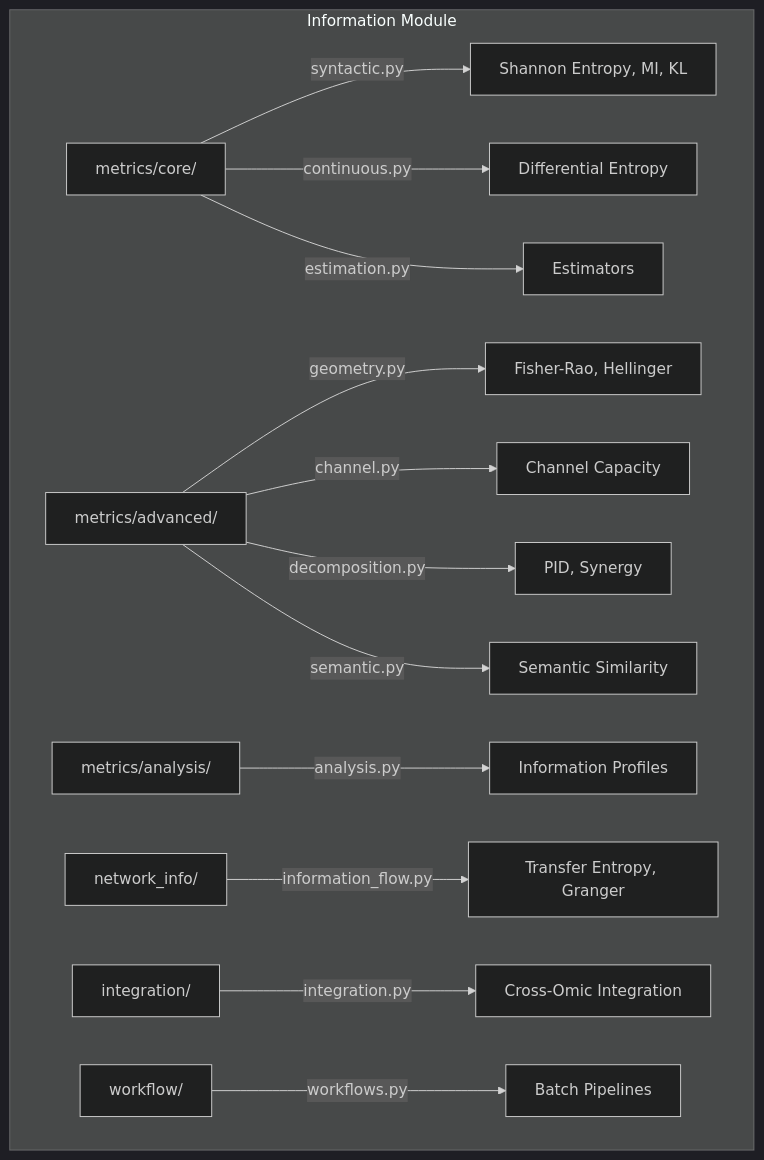
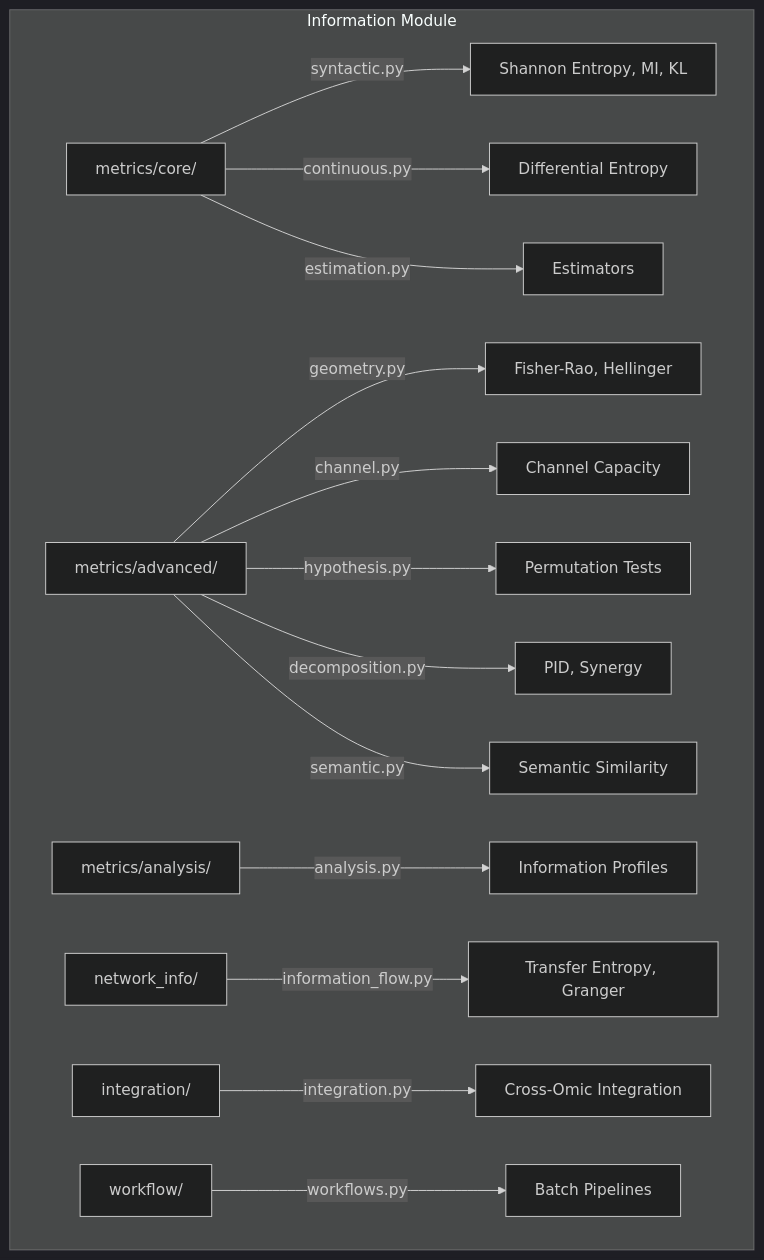
One commit to docxology/MetaInformAnt changed the diagram in src/metainformant/information/README.md. Above: the diagram before and after it, drawn with Mermaid (dark theme). The commit also changed other lines of this file and 529 other files, not shown here.

````diff
--- a/src/metainformant/information/README.md
+++ b/src/metainformant/information/README.md
@@ -23,21 +23,22 @@
 ```mermaid
 graph TD
     subgraph "Information Module"
         MC[metrics/core/] --> |syntactic.py| SH[Shannon Entropy, MI, KL]
         MC --> |continuous.py| DE[Differential Entropy]
         MC --> |estimation.py| EST[Estimators]
 
         MA[metrics/advanced/] --> |geometry.py| FG[Fisher-Rao, Hellinger]
         MA --> |channel.py| CH[Channel Capacity]
+        MA --> |hypothesis.py| HT[Permutation Tests]
         MA --> |decomposition.py| DC[PID, Synergy]
         MA --> |semantic.py| SEM[Semantic Similarity]
 
         MN[metrics/analysis/] --> |analysis.py| PRO[Information Profiles]
 
         NI[network_info/] --> |information_flow.py| TF[Transfer Entropy, Granger]
 
         INT[integration/] --> |integration.py| BI[Cross-Omic Integration]
 
         WF[workflow/] --> |workflows.py| BAT[Batch Pipelines]
     end
 ```
````
